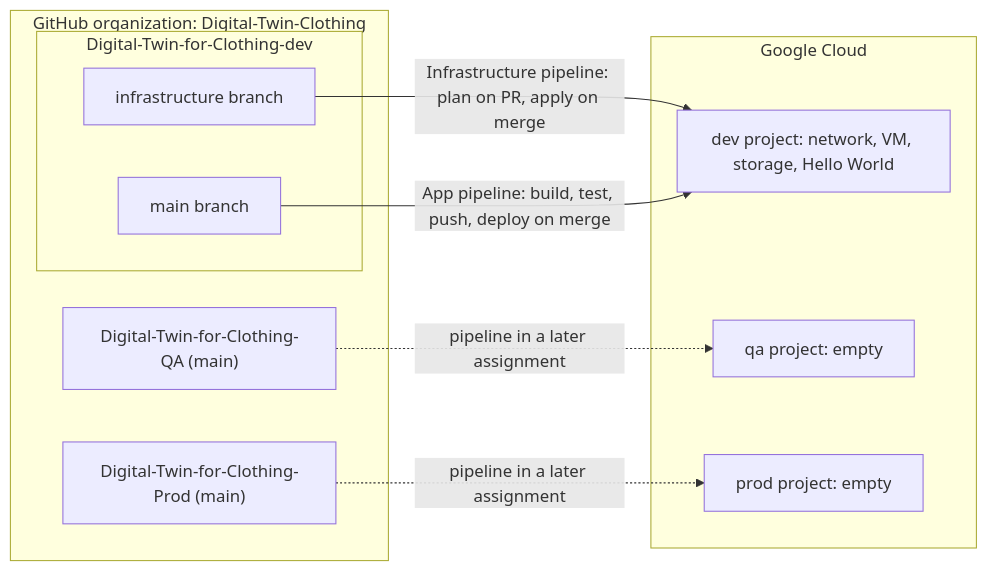
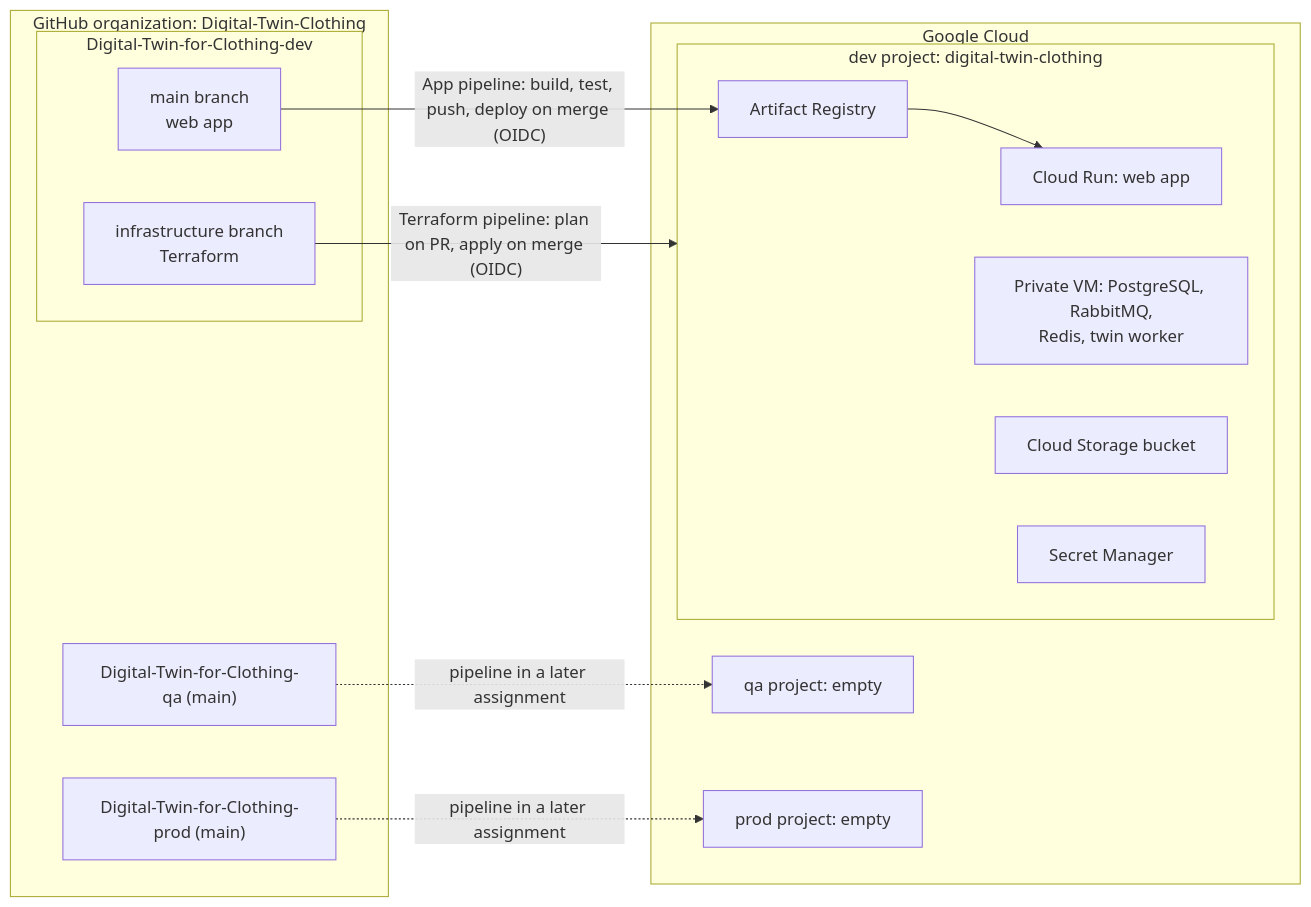
Before and after one commit to Digital-Twin-Clothing/Digital-Twin-for-Clothing-dev: the diagram in README.md, drawn with Mermaid. The commit also changed other lines of this file and 3 other files, not shown here.

````diff
--- a/README.md
+++ b/README.md
@@ -43,20 +44,27 @@
 ```mermaid
 flowchart LR
   subgraph GH["GitHub organization: Digital-Twin-Clothing"]
     subgraph DEV["Digital-Twin-for-Clothing-dev"]
-      INF["infrastructure branch"]
-      MAIN["main branch"]
+      INF["infrastructure branch<br/>Terraform"]
+      MAIN["main branch<br/>web app"]
     end
-    QA["Digital-Twin-for-Clothing-QA (main)"]
-    PROD["Digital-Twin-for-Clothing-Prod (main)"]
+    QA["Digital-Twin-for-Clothing-qa (main)"]
+    PROD["Digital-Twin-for-Clothing-prod (main)"]
   end
   subgraph GCP["Google Cloud"]
-    DEVENV["dev project: network, VM, storage, Hello World"]
+    subgraph DEVENV["dev project: digital-twin-clothing"]
+      RUN["Cloud Run: web app"]
+      AR["Artifact Registry"]
+      VM["Private VM: PostgreSQL, RabbitMQ,<br/>Redis, twin worker"]
+      GCS["Cloud Storage bucket"]
+      SM["Secret Manager"]
+    end
     QAENV["qa project: empty"]
     PRODENV["prod project: empty"]
   end
-  INF -->|"Infrastructure pipeline: plan on PR, apply on merge"| DEVENV
-  MAIN -->|"App pipeline: build, test, push, deploy on merge"| DEVENV
+  INF -->|"Terraform pipeline: plan on PR, apply on merge (OIDC)"| DEVENV
+  MAIN -->|"App pipeline: build, test, push, deploy on merge (OIDC)"| AR
+  AR --> RUN
   QA -.->|"pipeline in a later assignment"| QAENV
   PROD -.->|"pipeline in a later assignment"| PRODENV
 ```
````
